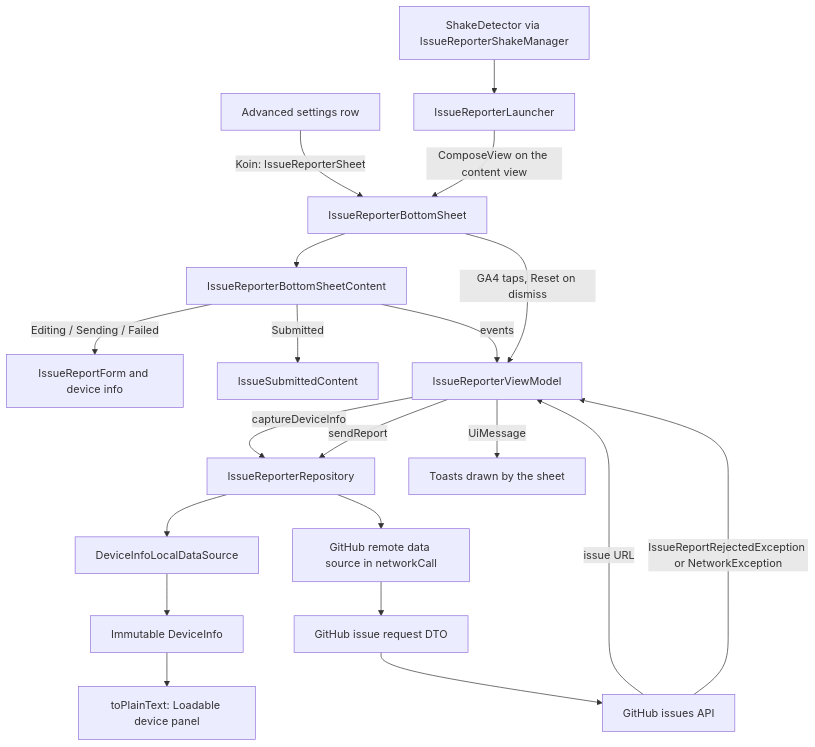
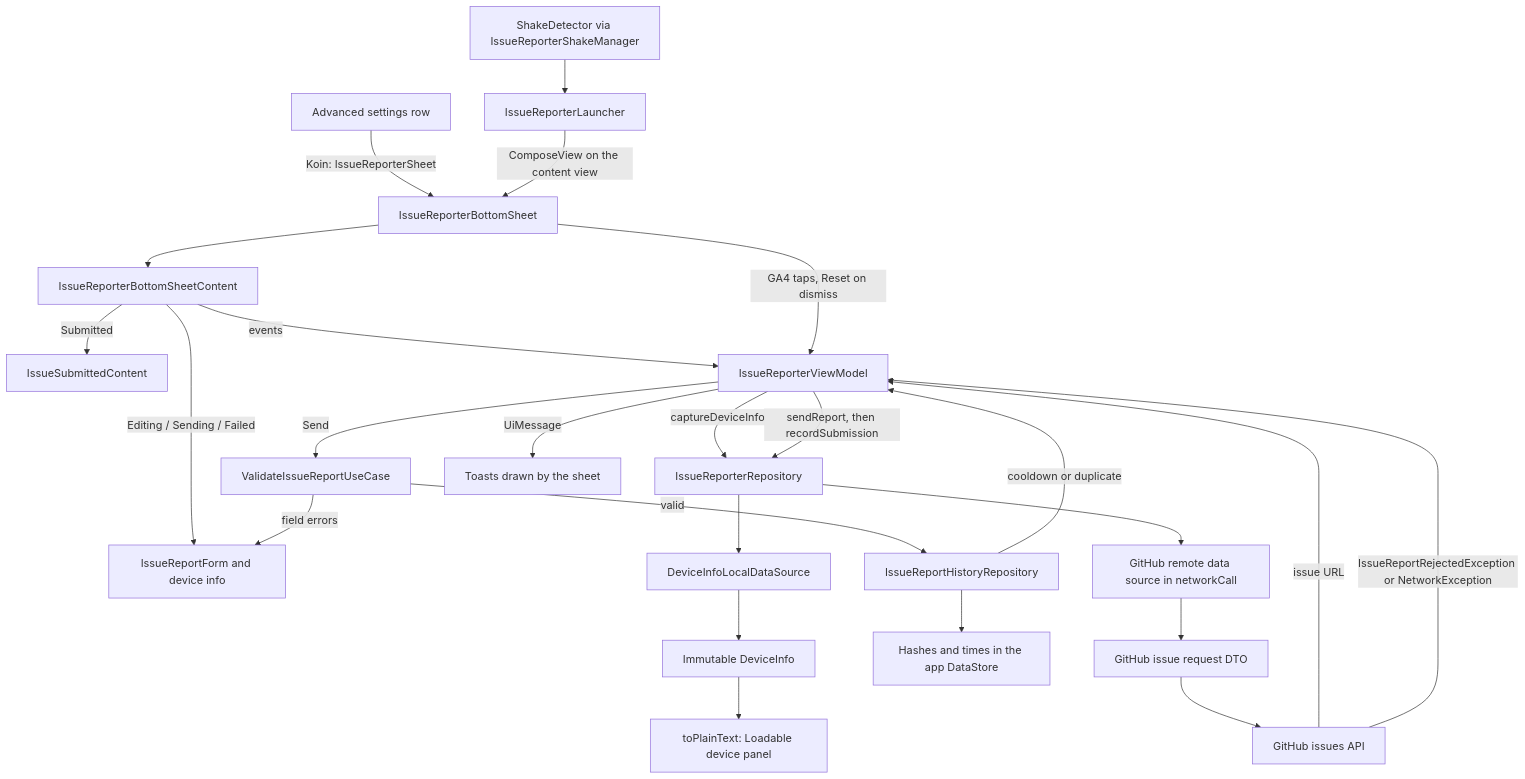
Before and after one commit to MihaiCristianCondrea/App-Toolkit-for-Android: the diagram in library/feature/issuereporter/README.md, drawn with Mermaid. The commit also changed other lines of this file and 73 other files, not shown here.

````diff
--- a/library/feature/issuereporter/README.md
+++ b/library/feature/issuereporter/README.md
@@ -49,22 +52,27 @@
 ```mermaid
 flowchart TD
     Settings[Advanced settings row] -->|Koin: IssueReporterSheet| Sheet[IssueReporterBottomSheet]
     Shake[ShakeDetector via IssueReporterShakeManager] --> Launcher[IssueReporterLauncher]
     Launcher -->|ComposeView on the content view| Sheet
     Sheet --> Content[IssueReporterBottomSheetContent]
     Content -->|Editing / Sending / Failed| Form[IssueReportForm and device info]
     Content -->|Submitted| Done[IssueSubmittedContent]
     Content -->|events| VM[IssueReporterViewModel]
     Sheet -->|GA4 taps, Reset on dismiss| VM
     VM -->|captureDeviceInfo| Repo[IssueReporterRepository]
     Repo --> Device[DeviceInfoLocalDataSource]
     Device --> Model[Immutable DeviceInfo]
     Model --> Plain[toPlainText: Loadable device panel]
-    VM -->|sendReport| Repo
+    VM -->|Send| Validate[ValidateIssueReportUseCase]
+    Validate -->|field errors| Form
+    Validate -->|valid| History[IssueReportHistoryRepository]
+    History -->|cooldown or duplicate| VM
+    History --> Store[Hashes and times in the app DataStore]
+    VM -->|sendReport, then recordSubmission| Repo
     Repo --> Remote[GitHub remote data source in networkCall]
     Remote --> DTO[GitHub issue request DTO]
     DTO --> Api[GitHub issues API]
     Api -->|issue URL| VM
     Api -->|IssueReportRejectedException or NetworkException| VM
     VM -->|UiMessage| Toasts[Toasts drawn by the sheet]
 ```
````
